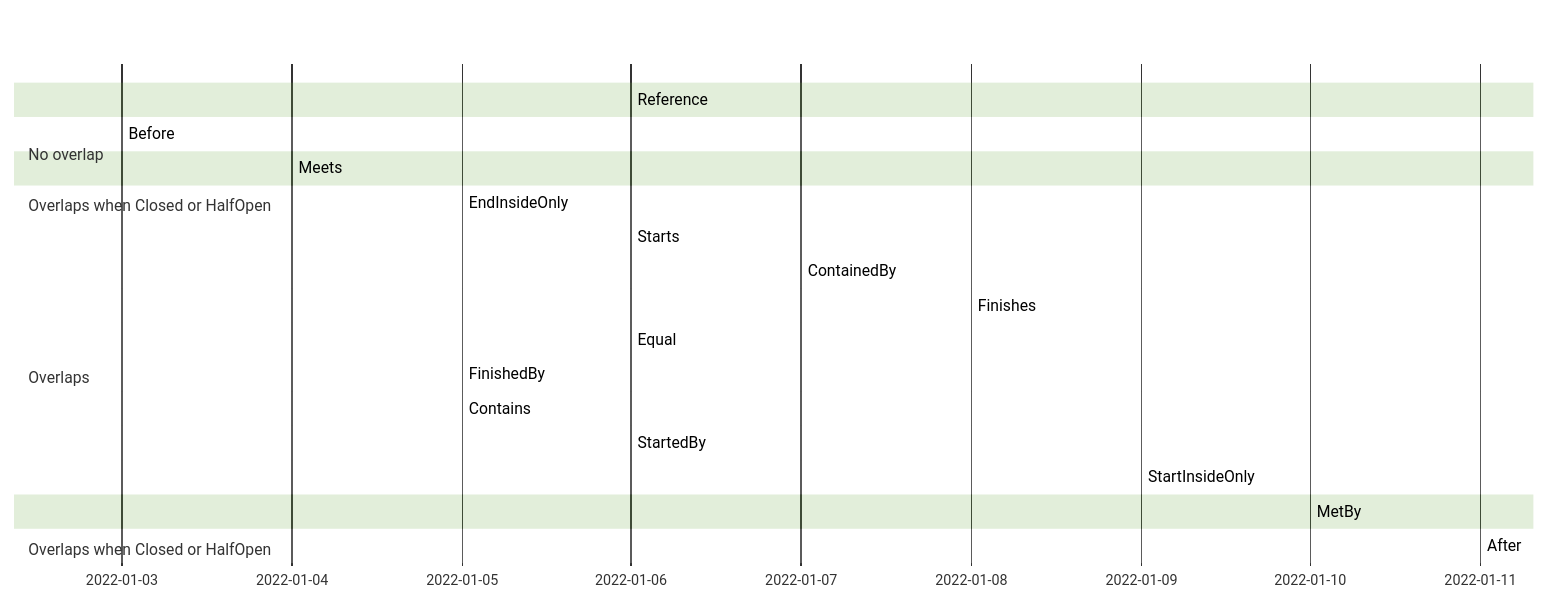
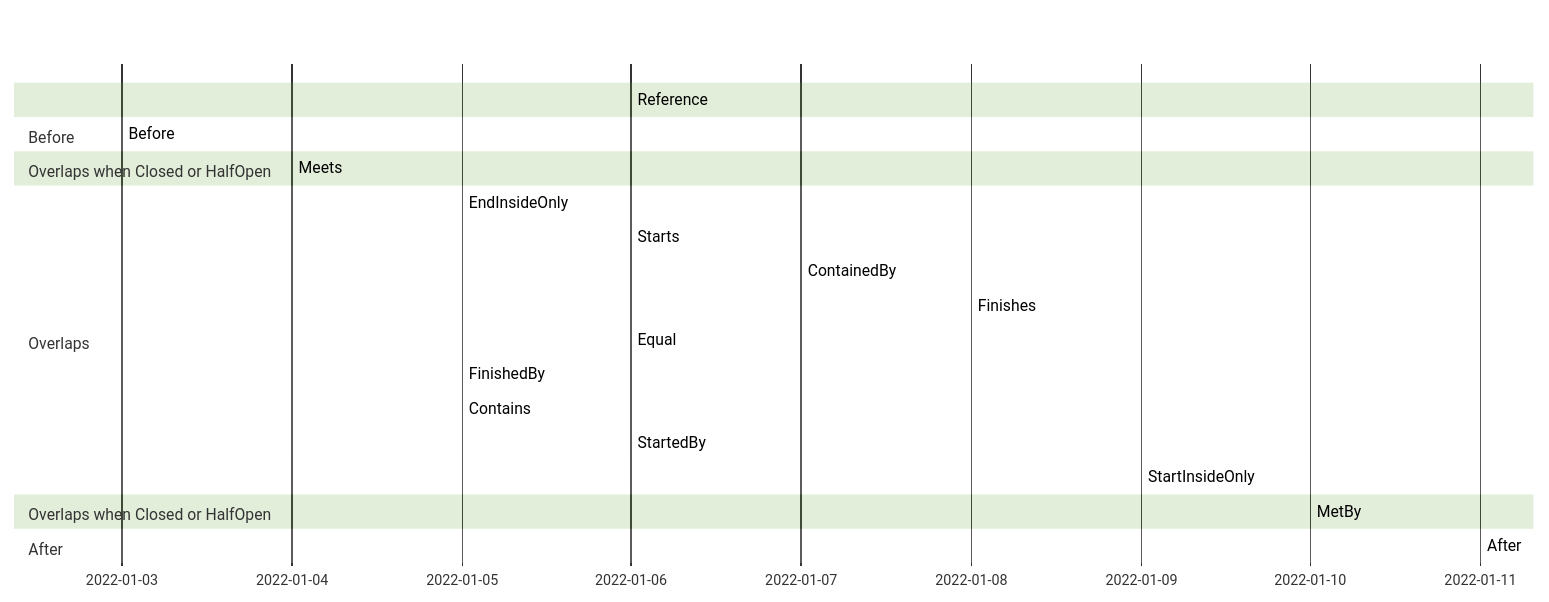
One commit to viclang/IntervalSets changed the diagram in README.md. Above: the diagram before and after it, drawn with Mermaid (forest theme).

Commit message:
before, after mermaid

````diff
--- a/README.md
+++ b/README.md
@@ -5,27 +5,27 @@
 ```mermaid
 gantt
     Reference :active, a, 2022-01-06, 2022-01-10   
 
-	section No overlap
+	section Before
     Before :crit, b, 2022-01-03, 2022-01-05
    
     section Overlaps when Closed or HalfOpen  
     Meets :crit, c, 2022-01-04, 2022-01-06
 
 	section Overlaps
     EndInsideOnly :crit, d, 2022-01-05, 2022-01-07
     Starts :crit, e, 2022-01-06, 2022-01-08
     ContainedBy :crit, f, 2022-01-07, 2022-01-09
     Finishes :crit, g, 2022-01-08, 2022-01-10
     Equal :crit, h, 2022-01-06, 2022-01-10
     FinishedBy :crit, i, 2022-01-05, 2022-01-10
     Contains :crit, j, 2022-01-05, 2022-01-11
     StartedBy :crit, k, 2022-01-06, 2022-01-11
     StartInsideOnly :crit, l, 2022-01-09, 2022-01-11
    
 	section Overlaps when Closed or HalfOpen
     MetBy :crit, m, 2022-01-10, 2022-01-12
 
-    section No overlap
+    section After
     After :crit, n, 2022-01-11, 2022-01-13
 ```
````
